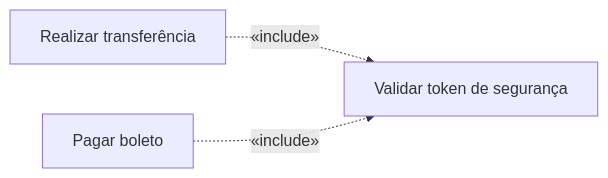
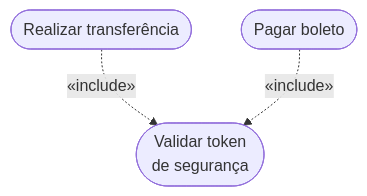
Before and after one commit to leorruas/puc: the seventh of 11 diagrams in 07. Engenharia de Requisitos/08. Modelagem de requisitos com casos de uso e especificações textuais.md, drawn with Mermaid. The commit also changed other lines of this file, not shown here.

Commit message:
style: alinha diagramas mermaid da aula de casos de uso com regras verticais

````diff
--- a/07. Engenharia de Requisitos/08. Modelagem de requisitos com casos de uso e especificações textuais.md
+++ b/07. Engenharia de Requisitos/08. Modelagem de requisitos com casos de uso e especificações textuais.md
@@ -162,5 +160,5 @@
 ```mermaid
-flowchart LR
-    Transf["Realizar transferência"] -.->|«include»| Validar["Validar token de segurança"]
-    Boleto["Pagar boleto"] -.->|«include»| Validar
+flowchart TD
+    Transf(["Realizar transferência"]) -.->|"«include»"| Validar(["Validar token<br>de segurança"])
+    Boleto(["Pagar boleto"]) -.->|"«include»"| Validar
 ```
````
